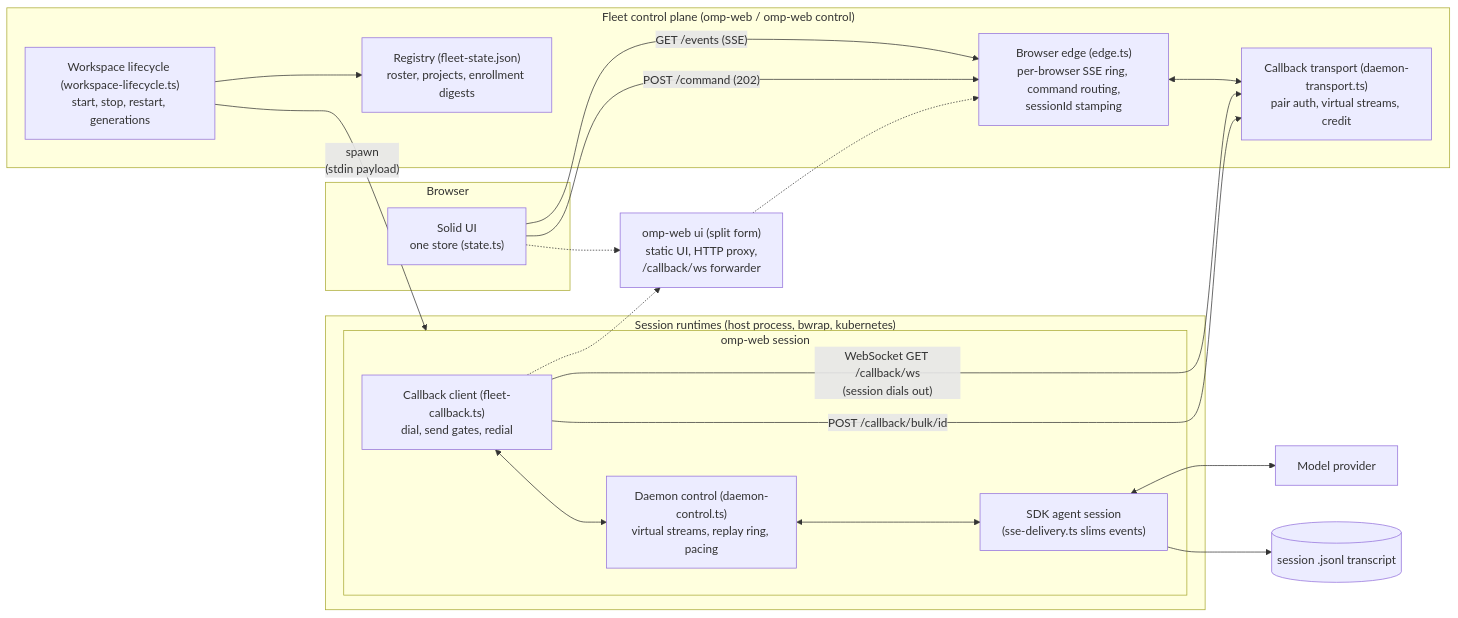
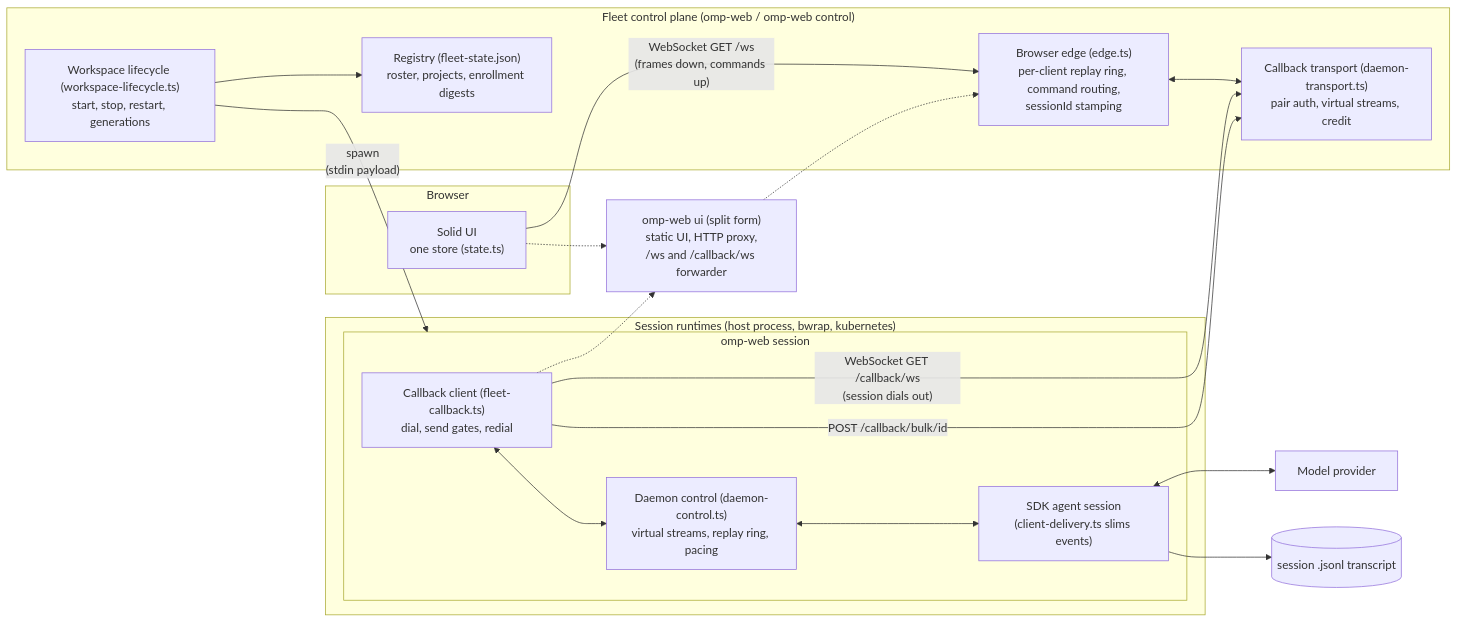
Before and after one commit to nibblebot/omp-web: the first of 2 diagrams in docs/architecture.md, drawn with Mermaid. The commit also changed other lines of this file and 17 other files, not shown here.

Commit message:
docs: browser socket (OMP_PROTO 5) in AGENTS, architecture, README, CHANGELOG; comment sweep (0nwj)

````diff
--- a/docs/architecture.md
+++ b/docs/architecture.md
@@ -14,41 +14,40 @@
 ```mermaid
 flowchart LR
   subgraph client["Browser"]
     ui["Solid UI<br/>one store (state.ts)"]
   end
 
   subgraph cp["Fleet control plane (omp-web / omp-web control)"]
-    edge["Browser edge (edge.ts)<br/>per-browser SSE ring, command routing,<br/>sessionId stamping"]
+    edge["Browser edge (edge.ts)<br/>per-client replay ring, command routing,<br/>sessionId stamping"]
     transport["Callback transport (daemon-transport.ts)<br/>pair auth, virtual streams, credit"]
     lifecycle["Workspace lifecycle (workspace-lifecycle.ts)<br/>start, stop, restart, generations"]
     registry["Registry (fleet-state.json)<br/>roster, projects, enrollment digests"]
   end
 
-  uiproc["omp-web ui (split form)<br/>static UI, HTTP proxy,<br/>/callback/ws forwarder"]
+  uiproc["omp-web ui (split form)<br/>static UI, HTTP proxy,<br/>/ws and /callback/ws forwarder"]
 
   subgraph runtimes["Session runtimes (host process, bwrap, kubernetes)"]
     subgraph sess["omp-web session"]
       cb["Callback client (fleet-callback.ts)<br/>dial, send gates, redial"]
       dc["Daemon control (daemon-control.ts)<br/>virtual streams, replay ring, pacing"]
-      sdk["SDK agent session<br/>(sse-delivery.ts slims events)"]
+      sdk["SDK agent session<br/>(client-delivery.ts slims events)"]
     end
   end
 
   model["Model provider"]
   jsonl[("session .jsonl transcript")]
 
-  ui -- "GET /events (SSE)" --> edge
-  ui -- "POST /command (202)" --> edge
+  ui -- "WebSocket GET /ws<br/>(frames down, commands up)" --> edge
   ui -.-> uiproc
   uiproc -.-> edge
   edge <--> transport
   lifecycle --> registry
   lifecycle -- "spawn<br/>(stdin payload)" --> sess
   cb -- "WebSocket GET /callback/ws<br/>(session dials out)" --> transport
   cb -- "POST /callback/bulk/id" --> transport
   cb -.-> uiproc
   cb <--> dc
   dc <--> sdk
   sdk <--> model
   sdk --> jsonl
 ```
````
